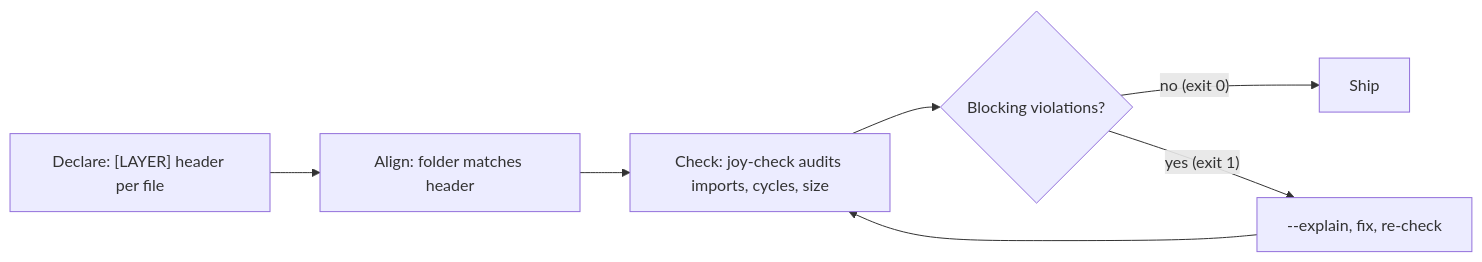
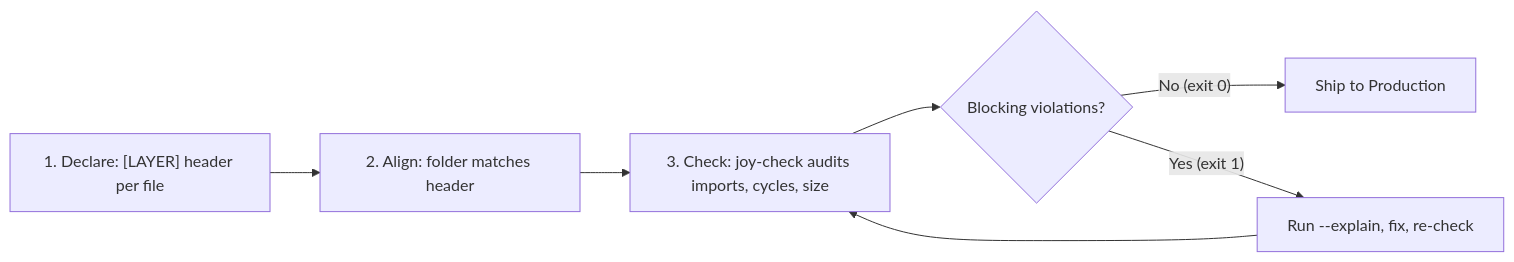
Before and after one commit to CardSorting/HEAV3NS-JOY: the first of 3 diagrams in README.md, drawn with Mermaid. The commit also changed other lines of this file and 23 other files, not shown here.

````diff
--- a/README.md
+++ b/README.md
@@ -95,9 +158,9 @@
 ```mermaid
 flowchart LR
-  A["Declare: [LAYER] header per file"] --> B["Align: folder matches header"]
-  B --> C["Check: joy-check audits imports, cycles, size"]
-  C --> D{"Blocking violations?"}
-  D -- "no (exit 0)" --> E["Ship"]
-  D -- "yes (exit 1)" --> F["--explain, fix, re-check"]
-  F --> C
+    A["1. Declare: [LAYER] header per file"] --> B["2. Align: folder matches header"]
+    B --> C["3. Check: joy-check audits imports, cycles, size"]
+    C --> D{"Blocking violations?"}
+    D -- "No (exit 0)" --> E["Ship to Production"]
+    D -- "Yes (exit 1)" --> F["Run --explain, fix, re-check"]
+    F --> C
 ```
````
